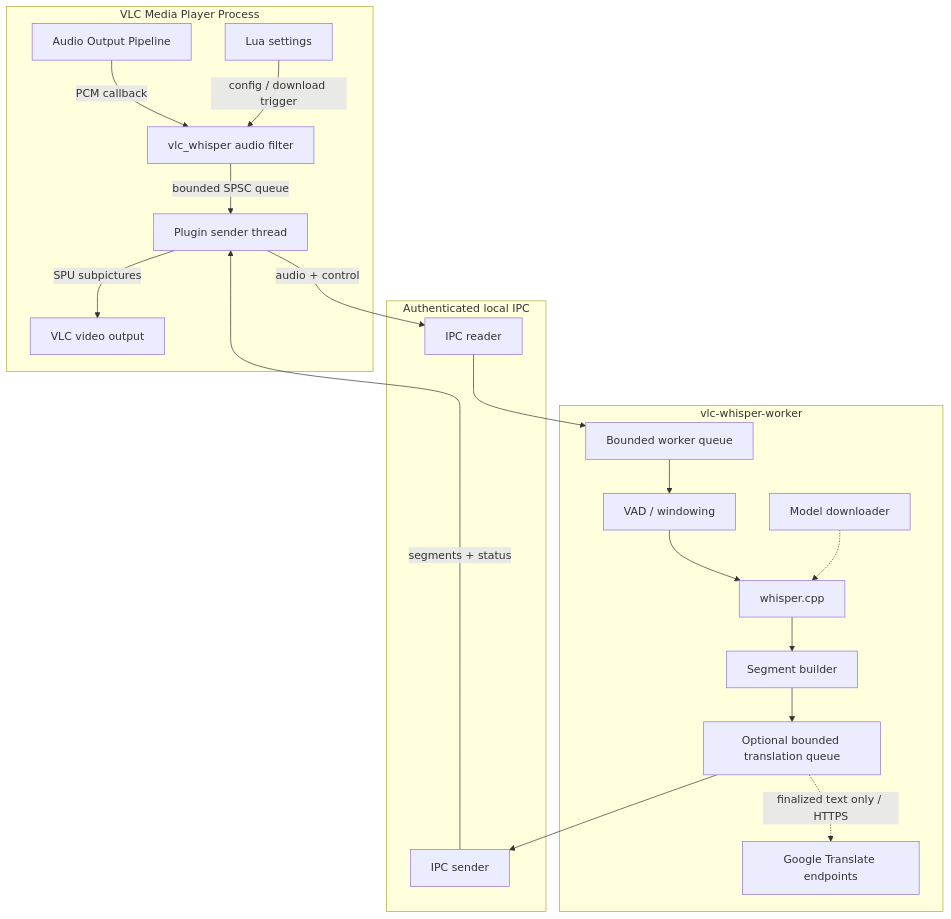
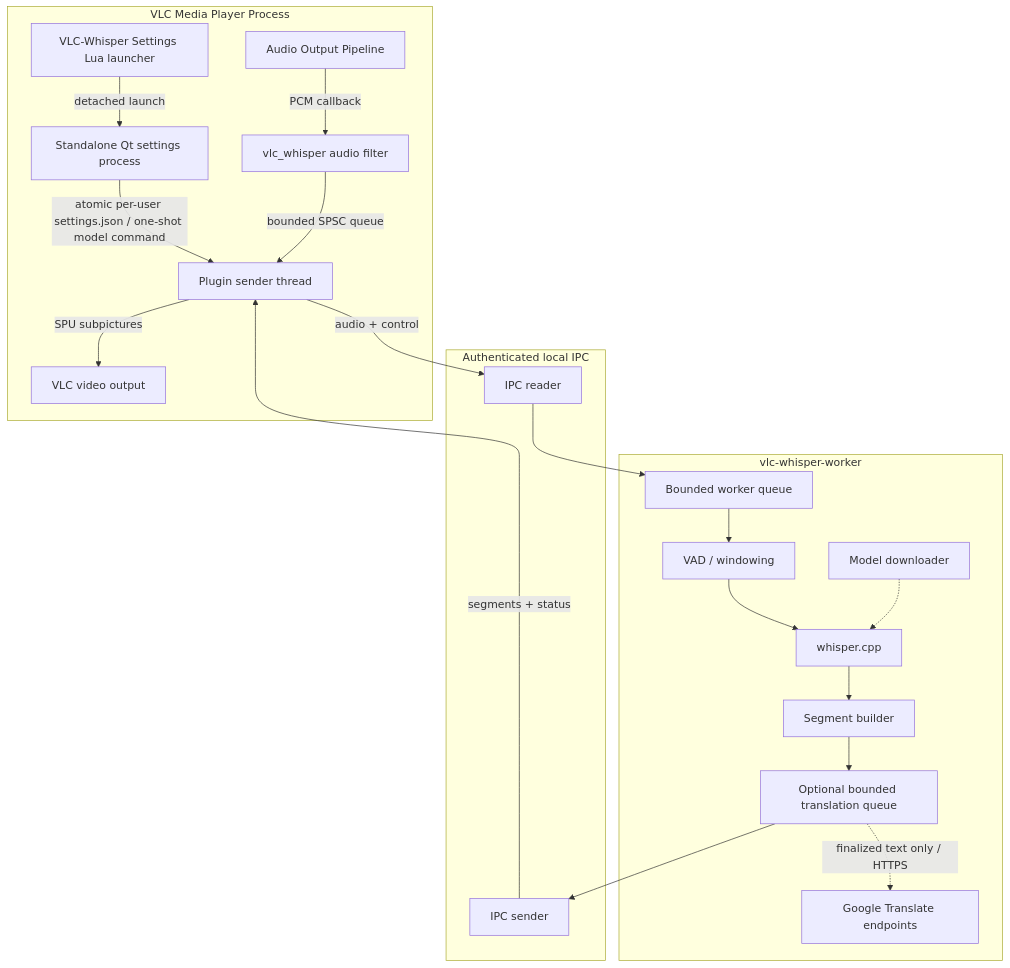
The diagram in README.md (rzv04/vlc-whisper), drawn with Mermaid before and after one commit. The commit also changed other lines of this file, not shown here.

Commit message:
docs(settings): document standalone Qt workflow

````diff
--- a/README.md
+++ b/README.md
@@ -165,25 +167,26 @@
 ```mermaid
 flowchart TB
     subgraph VLC["VLC Media Player Process"]
         AOUT["Audio Output Pipeline"] -->|"PCM callback"| PLUGIN["vlc_whisper audio filter"]
-        GUI["Lua settings"] -->|"config / download trigger"| PLUGIN
-        PLUGIN -->|"bounded SPSC queue"| SENDER["Plugin sender thread"]
+        LUA["VLC-Whisper Settings Lua launcher"] -->|"detached launch"| QT["Standalone Qt settings process"]
+        QT -->|"atomic per-user settings.json / one-shot model command"| SENDER["Plugin sender thread"]
+        PLUGIN -->|"bounded SPSC queue"| SENDER
         SENDER -->|"SPU subpictures"| SPU["VLC video output"]
     end
 
     subgraph IPC["Authenticated local IPC"]
         SENDER -->|"audio + control"| WORKER_IN
         WORKER_OUT -->|"segments + status"| SENDER
     end
 
     subgraph WORKER["vlc-whisper-worker"]
         WORKER_IN["IPC reader"] --> QUEUE["Bounded worker queue"]
         QUEUE --> VAD["VAD / windowing"]
         VAD --> ENGINE["whisper.cpp"]
         ENGINE --> BUILDER["Segment builder"]
         BUILDER --> TRANS["Optional bounded translation queue"]
         TRANS --> WORKER_OUT["IPC sender"]
         DOWNLOADER["Model downloader"] -.-> ENGINE
         TRANS -.->|"finalized text only / HTTPS"| GOOGLE["Google Translate endpoints"]
     end
 ```
````
